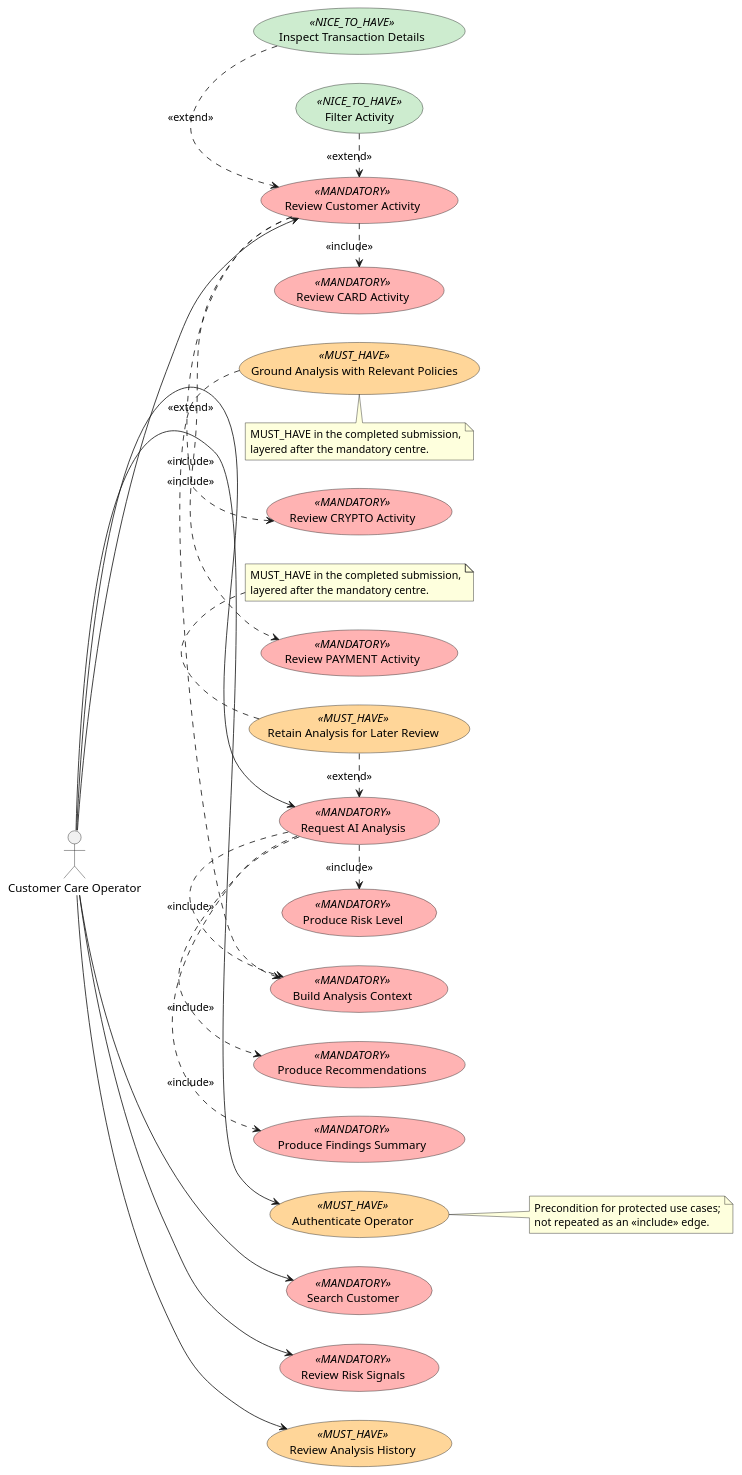
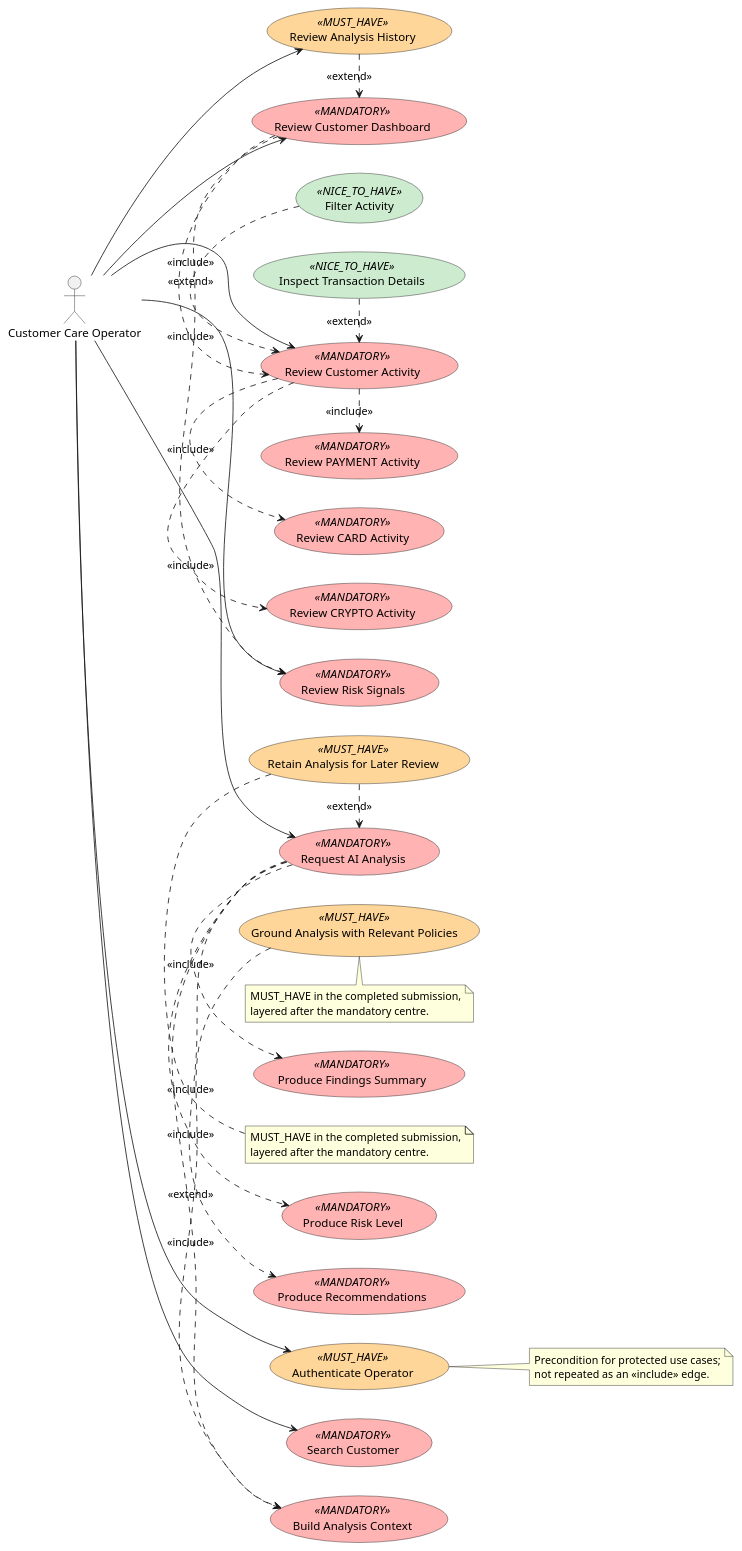
Before and after one commit to jdoe-dev-159753/specgraph-reference-app: the diagram in docs/assignment/diagrams/inception-functional-use-cases.puml, drawn with PlantUML.

Commit message:
docs: complete functional use-case source

```diff
--- a/docs/assignment/diagrams/inception-functional-use-cases.puml
+++ b/docs/assignment/diagrams/inception-functional-use-cases.puml
@@ -1,61 +1,66 @@
 @startuml
 left to right direction
 actor "Customer Care Operator" as Operator
 
 skinparam usecase {
   BackgroundColor<<MANDATORY>> #FFB3B3
   BackgroundColor<<MUST_HAVE>> #FFD699
   BackgroundColor<<NICE_TO_HAVE>> #CDECCF
 }
 
 usecase "Authenticate Operator" as UC_Auth <<MUST_HAVE>>
 usecase "Search Customer" as UC_Search <<MANDATORY>>
+usecase "Review Customer Dashboard" as UC_Dashboard <<MANDATORY>>
 usecase "Review Customer Activity" as UC_Activity <<MANDATORY>>
 usecase "Review CARD Activity" as UC_Card <<MANDATORY>>
 usecase "Review PAYMENT Activity" as UC_Payment <<MANDATORY>>
 usecase "Review CRYPTO Activity" as UC_Crypto <<MANDATORY>>
 usecase "Review Risk Signals" as UC_Risk <<MANDATORY>>
 usecase "Request AI Analysis" as UC_AI <<MANDATORY>>
 usecase "Build Analysis Context" as UC_Context <<MANDATORY>>
 usecase "Produce Risk Level" as UC_Level <<MANDATORY>>
 usecase "Produce Findings Summary" as UC_Findings <<MANDATORY>>
 usecase "Produce Recommendations" as UC_Recommendations <<MANDATORY>>
 usecase "Ground Analysis with Relevant Policies" as UC_Grounded <<MUST_HAVE>>
 usecase "Retain Analysis for Later Review" as UC_Retain <<MUST_HAVE>>
 usecase "Review Analysis History" as UC_History <<MUST_HAVE>>
 usecase "Filter Activity" as UC_Filter <<NICE_TO_HAVE>>
 usecase "Inspect Transaction Details" as UC_Detail <<NICE_TO_HAVE>>
 
 Operator --> UC_Auth
 Operator --> UC_Search
+Operator --> UC_Dashboard
 Operator --> UC_Activity
 Operator --> UC_Risk
 Operator --> UC_AI
 Operator --> UC_History
+UC_Dashboard .> UC_Activity : <<include>>
+UC_Dashboard .> UC_Risk : <<include>>
 UC_Activity .> UC_Card : <<include>>
 UC_Activity .> UC_Payment : <<include>>
 UC_Activity .> UC_Crypto : <<include>>
 UC_AI .> UC_Context : <<include>>
 UC_AI .> UC_Level : <<include>>
 UC_AI .> UC_Findings : <<include>>
 UC_AI .> UC_Recommendations : <<include>>
 UC_Grounded .> UC_Context : <<extend>>
 UC_Retain .> UC_AI : <<extend>>
+UC_History .> UC_Dashboard : <<extend>>
 UC_Filter .> UC_Activity : <<extend>>
 UC_Detail .> UC_Activity : <<extend>>
 
 note right of UC_Auth
   Precondition for protected use cases;
   not repeated as an <<include>> edge.
 end note
 
 note bottom of UC_Grounded
   MUST_HAVE in the completed submission,
   layered after the mandatory centre.
 end note
 
 note bottom of UC_Retain
   MUST_HAVE in the completed submission,
   layered after the mandatory centre.
 end note
 @enduml
```
